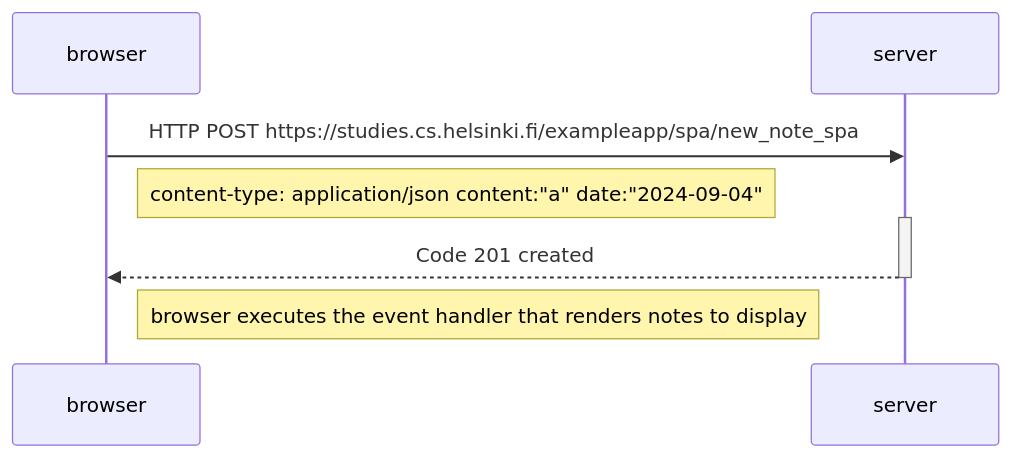
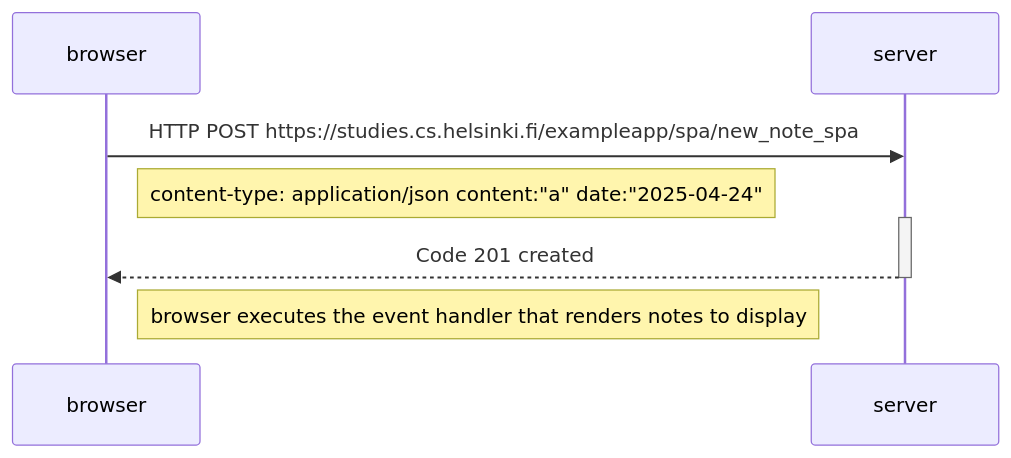
Before and after one commit to sloper00/FullstackOpen: the diagram in part0/0.6_NewNoteSinglePageAplication.md, drawn with Mermaid.

````diff
--- a/part0/0.6_NewNoteSinglePageAplication.md
+++ b/part0/0.6_NewNoteSinglePageAplication.md
@@ -1,12 +1,12 @@
 ```mermaid
   sequenceDiagram
     participant browser
     participant server
 
   browser->>server:HTTP POST https://studies.cs.helsinki.fi/exampleapp/spa/new_note_spa
-  Note right of browser:content-type: application/json  content:"a" date:"2024-09-04"
+  Note right of browser:content-type: application/json  content:"a" date:"2025-04-24"
   activate server
   server-->>browser: Code 201 created
   deactivate server
   Note right of browser:browser executes the event handler that renders notes to display
 ```
````
